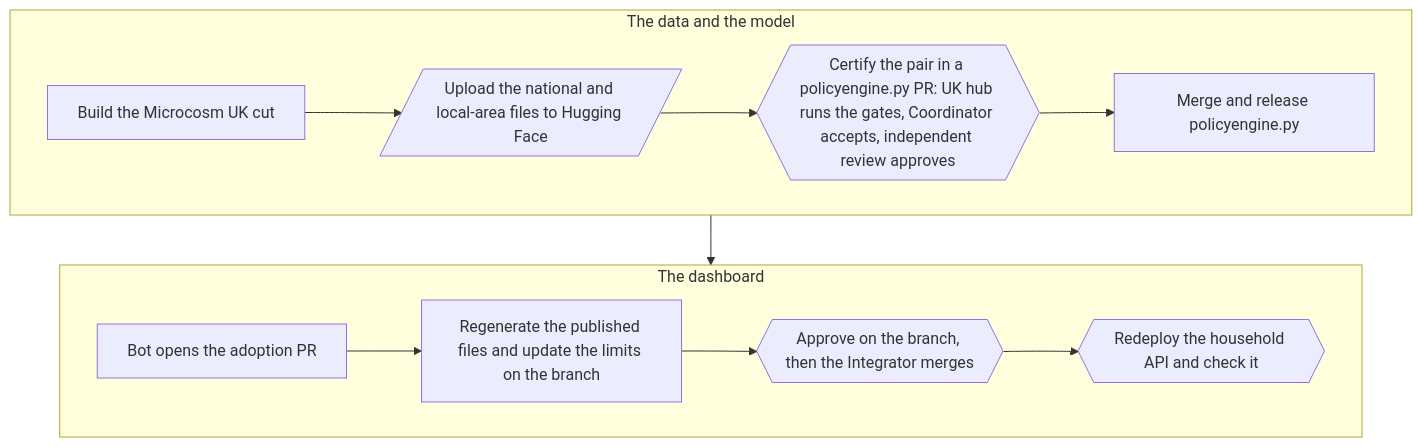
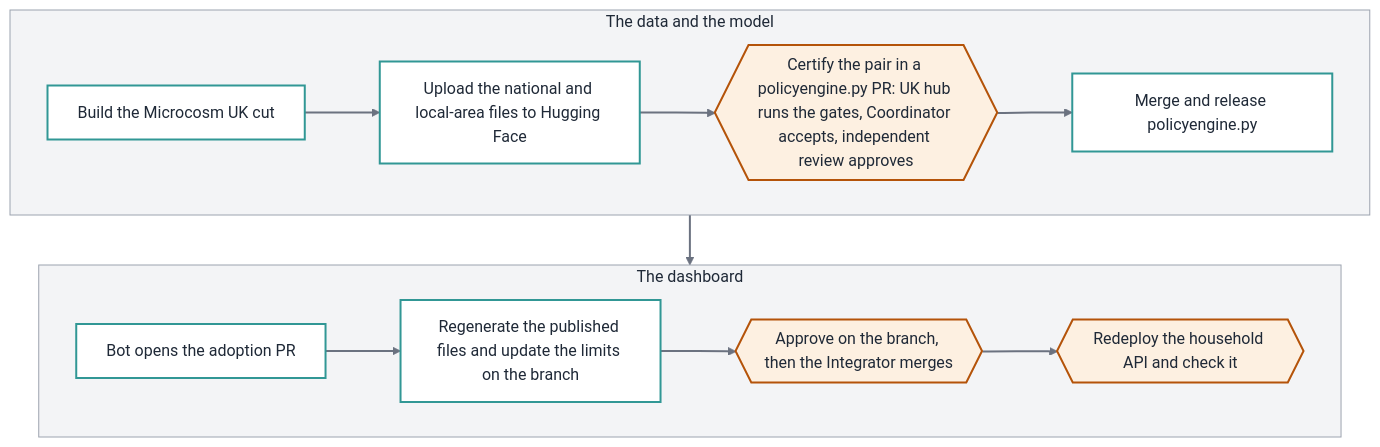
Before and after one commit to PolicyEngine/uk-autumn-budget-dashboard-2026: the second of 2 diagrams in docs/budget-day-map.md, drawn with Mermaid. The commit also changed other lines of this file, not shown here.

````diff
--- a/docs/budget-day-map.md
+++ b/docs/budget-day-map.md
@@ -84,16 +99,25 @@
 ```mermaid
+%%{init: {"theme": "base", "themeVariables": {"lineColor": "#6B7280", "clusterBkg": "#F3F4F6", "clusterBorder": "#9CA3AF", "titleColor": "#1F2937", "primaryColor": "#FFFFFF", "primaryTextColor": "#1F2937", "primaryBorderColor": "#319795", "edgeLabelBackground": "#FFFFFF"}}}%%
 flowchart TD
   subgraph DATA["The data and the model"]
     direction LR
-    B1["Build the Microcosm UK cut"] --> B2[/"Upload the national and local-area files to Hugging Face"/]
+    B1["Build the Microcosm UK cut"] --> B2["Upload the national and local-area files to Hugging Face"]
     B2 --> B3{{"Certify the pair in a policyengine.py PR: UK hub runs the gates, Coordinator accepts, independent review approves"}}
     B3 --> B4["Merge and release policyengine.py"]
   end
   subgraph DASH["The dashboard"]
     direction LR
     B5["Bot opens the adoption PR"] --> B6["Regenerate the published files and update the limits on the branch"]
     B6 --> B7{{"Approve on the branch, then the Integrator merges"}}
     B7 --> B8{{"Redeploy the household API and check it"}}
   end
   DATA --> DASH
+  classDef agent fill:#FFFFFF,stroke:#319795,stroke-width:2px,color:#1F2937
+  classDef modal fill:#EAF5F4,stroke:#0F766E,stroke-width:2px,color:#1F2937
+  classDef person fill:#FDF0E1,stroke:#B45309,stroke-width:2px,color:#1F2937
+  class B1,B2,B4,B5,B6 agent
+  class B3,B7,B8 person
+  style DATA fill:#F3F4F6,stroke:#9CA3AF,color:#1F2937
+  style DASH fill:#F3F4F6,stroke:#9CA3AF,color:#1F2937
+  linkStyle default stroke:#6B7280,stroke-width:2px
 ```
````
